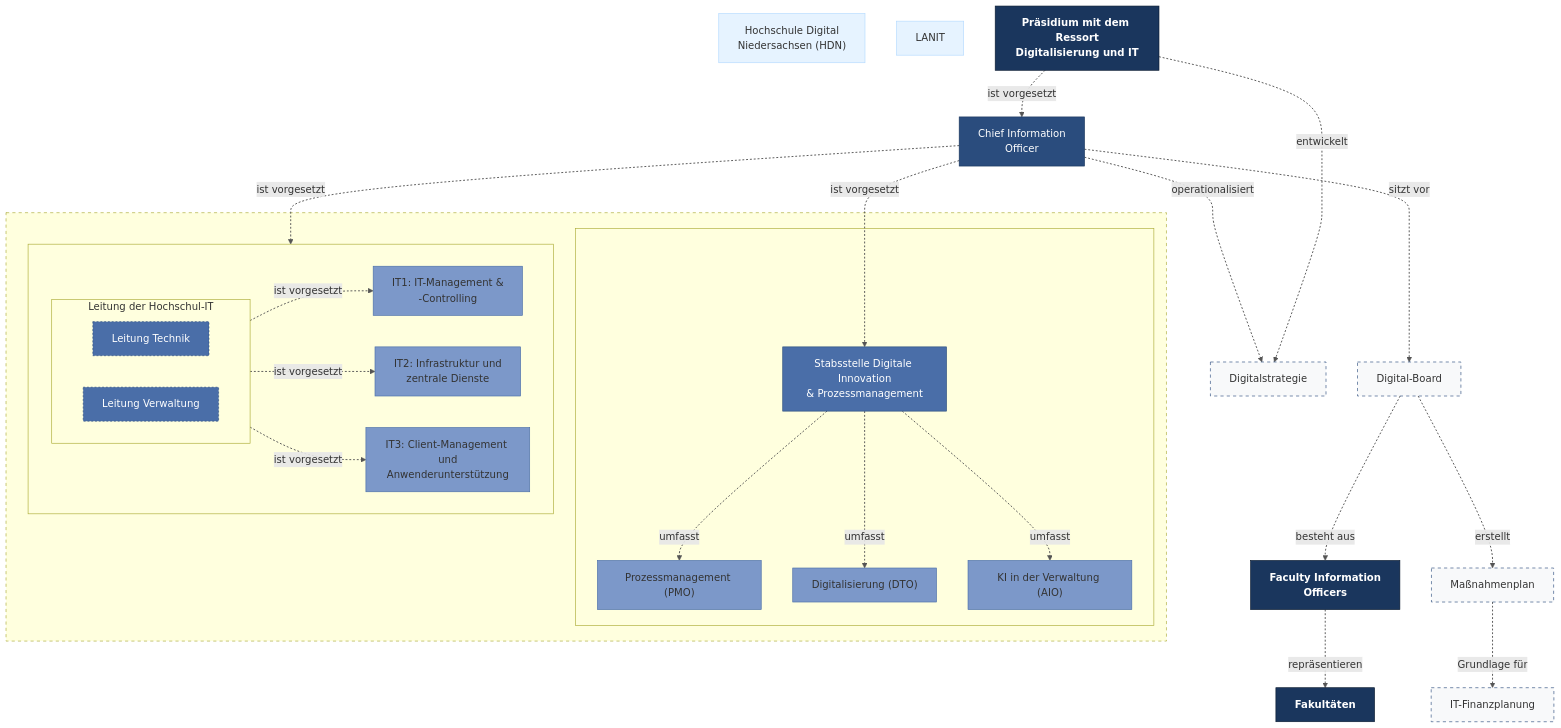
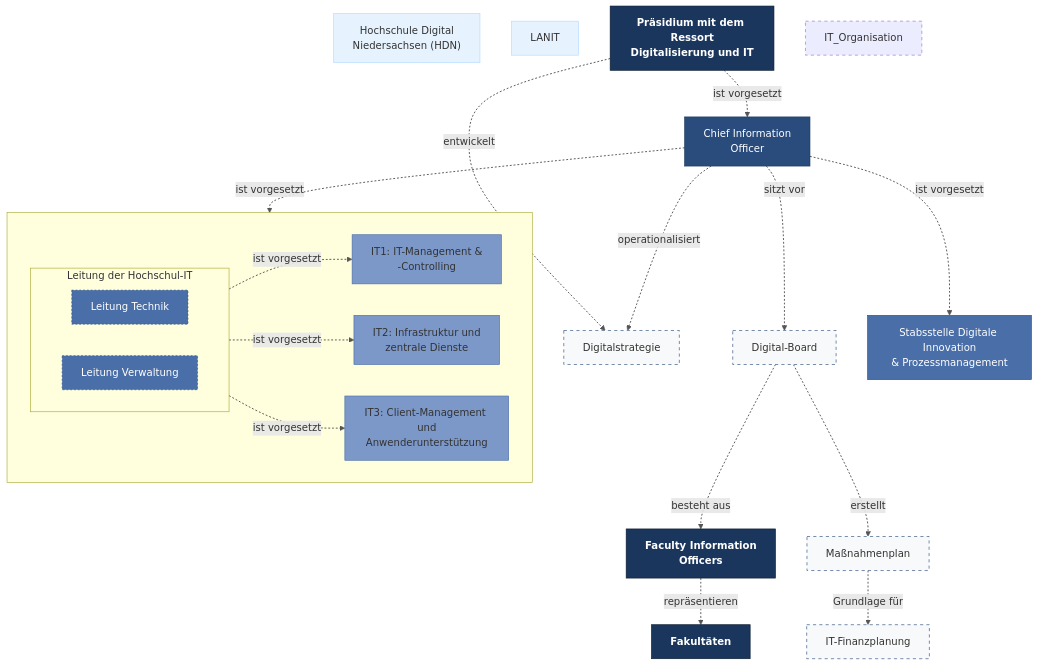
The diagram in 20-organisation.mmd (Hochschule-Hannover/digital-strategie), drawn with Mermaid before and after one commit. The commit also changed 1 other file, not shown here.

Commit message:
refactor: reorganize digital innovation structure and clarify roles
- streamline the description of the Stabsstelle Digitale Innovation und Prozessmanagement (SDIP) and its sub-offices.
- enhance clarity by separating the roles of the Digital-Transformation-Officer (DTO) and Artificial-Intelligence-Officer (AIO).
- remove commented-out sections for better readability in the flowchart representation.

```diff
--- a/20-organisation.mmd
+++ b/20-organisation.mmd
@@ -1,117 +1,114 @@
 %%{init: {
   "theme": "dark", 
   "themeVariables": {
     "fontFamily": "'FF Unit Pro', cursive, sans-serif", 
     "fontSize": "20px",
     "primaryColor": "#fafafa",
     "primaryBorderColor": "#333333",
     "background": "#fffdf8",
     "mainBkg": "#fffdf8",
     "lineColor": "#555555",
     "textColor": "#666666"
   }, 
   "flowchart": {
     "diagramPadding": 32, 
     "nodeSpacing": 50, 
     "rankSpacing": 70, 
     "curve": "basis"
   }
 }}%%
 %%{ init: { 'flowchart': { 'curve': 'basis', "defaultRenderer": "dagre" } } }%%
 flowchart TB
     %% Stile für den Handgezeichnet-Look
     linkStyle default stroke:#555555,stroke-width:1.5px,stroke-dasharray: 3 3
     
     %% HDN an der Spitze
     HDN["Hochschule Digital<br/>Niedersachsen (HDN)"]:::ebene0
     
     %% LANIT auf gleicher Ebene
     LANIT["LANIT"]:::ebene0
     
     %% Präsidium direkt unter HDN
     PraesidiumIT["Präsidium mit dem Ressort<br/>Digitalisierung und IT"]:::ebene1
 
     %% SDIP (Stabsstelle) - zuerst definiert außerhalb
     
     %% CIO - nach SDIP definiert
     CIO["Chief Information<br/>Officer"]:::ebene2
     
     %% Missing definitions
     Digitalstrategie["Digitalstrategie"]:::ebene2_stab
     DigitalBoard["Digital-Board"]:::ebene2_stab
     
     %% Digitalstrategie wird vom Präsidium entwickelt
     PraesidiumIT --> |"entwickelt"| Digitalstrategie
 
         %% Ebene 4 - Ausführende Ebene
         FIOs["Faculty Information<br/>Officers"]:::ebene1
         Massnahmenplan["Maßnahmenplan"]:::ebene2_stab
         Finanzplanung["IT-Finanzplanung"]:::ebene2_stab
 
         %% Verbindungen zu den spezifischen IT-Organisationseinheiten
         DigitalBoard --> |"besteht aus"| FIOs
         DigitalBoard --> |"erstellt"| Massnahmenplan
         FIOs --> |"repräsentieren"| Fakultaeten
         Massnahmenplan --> |"Grundlage für"| Finanzplanung
 
     Fakultaeten["Fakultäten"]:::ebene1
 
     %% Hierarchische Beziehungen
     %% CIO ist der SDIP vorgesetzt
     CIO --> |"ist vorgesetzt"| SDIP
     
     PraesidiumIT --> |"ist vorgesetzt"| CIO
     
     CIO --> |"operationalisiert"| Digitalstrategie
     CIO --> |"sitzt vor"| DigitalBoard
     CIO --> |"ist vorgesetzt"| Dezernatsleitung  
 
-    %% Übergeordneter Kasten um SDIP und HochschulIT
-    subgraph IT_Organisation[" "]
-        %% SDIP in eigenem Kasten mit Kindern
-        subgraph SDIP_Bereich[" "]
-            SDIP["Stabsstelle Digitale Innovation<br/>& Prozessmanagement"]:::ebene3
-            PMO["Prozessmanagement (PMO)"]:::ebene4
-            DTO["Digitalisierung (DTO)"]:::ebene4
-            AIO["KI in der Verwaltung (AIO)"]:::ebene4
-            
-            %% SDIP Verbindungen innerhalb
-            SDIP --> |"umfasst"| PMO
-            SDIP --> |"umfasst"| DTO
-            SDIP --> |"umfasst"| AIO
-        end
+    %% SDIP außerhalb der IT-Organisation
+    SDIP["Stabsstelle Digitale Innovation<br/>& Prozessmanagement"]:::ebene3
+    
+    %% SDIP Untereinheiten (auskommentiert)
+    %% PMO["Prozessmanagement (PMO)"]:::ebene4
+    %% DTO["Digitalisierung (DTO)"]:::ebene4
+    %% AIO["KI in der Verwaltung (AIO)"]:::ebene4
 
-        %% HochschulIT-Subgraph (nur für Dezernatsleitung und IT-Bereiche)
-        subgraph HochschulIT[" "]
+    %% HochschulIT-Subgraph (nur für Dezernatsleitung und IT-Bereiche)
+    subgraph HochschulIT[" "]
             direction LR
             
             subgraph Dezernatsleitung["Leitung der Hochschul-IT"]
                 direction LR
                 Tech["Leitung Technik"]:::ebene3
                 Org["Leitung Verwaltung"]:::ebene3
             end
 
             IT1["IT1: IT-Management &<br/>-Controlling"]:::ebene4
             IT2["IT2: Infrastruktur und<br/>zentrale Dienste"]:::ebene4
             IT3["IT3: Client-Management und<br/>Anwenderunterstützung"]:::ebene4
 
-            Dezernatsleitung --> |"ist vorgesetzt"|IT1
-            Dezernatsleitung --> |"ist vorgesetzt"|IT2
-            Dezernatsleitung --> |"ist vorgesetzt"|IT3
-        end
+        Dezernatsleitung --> |"ist vorgesetzt"|IT1
+        Dezernatsleitung --> |"ist vorgesetzt"|IT2
+        Dezernatsleitung --> |"ist vorgesetzt"|IT3
     end
+    
+    %% SDIP Verbindungen (auskommentiert)
+    %% SDIP --> |"umfasst"| PMO
+    %% SDIP --> |"umfasst"| DTO
+    %% SDIP --> |"umfasst"| AIO
 
     
     %% Professionelle Farbdefinitionen für die hierarchischen Ebenen
     classDef ebene0 fill:#E6F3FF,stroke:#B3D9FF,stroke-width:1px,color:#333333
     classDef ebene1 fill:#1A365D,stroke:#0A1A2F,stroke-width:1px,color:#FFFFFF,font-weight:bold
     classDef ebene2 fill:#2A4C7D,stroke:#1A365D,stroke-width:1px,color:#FFFFFF
     classDef ebene2_alt fill:#8B5A3C,stroke:#5D3A26,stroke-width:1px,color:#FFFFFF
     classDef ebene2_stab fill:#F8F9FA,stroke:#2A4C7D,stroke-width:1px,stroke-dasharray:5 5,color:#333333
     classDef ebene3 fill:#4A6EA8,stroke:#2A4C7D,stroke-width:1px,color:#FFFFFF
     classDef ebene4 fill:#7C98C9,stroke:#4A6EA8,stroke-width:1px,color:#333333
     classDef ebene5 fill:#A8BCDF,stroke:#7C98C9,stroke-width:1px,color:#333333
 
     style Org stroke-dasharray:3 3
     style Tech stroke-dasharray:3 3
     style IT_Organisation stroke-dasharray:5 5
```
